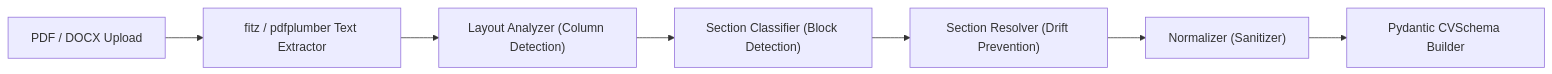
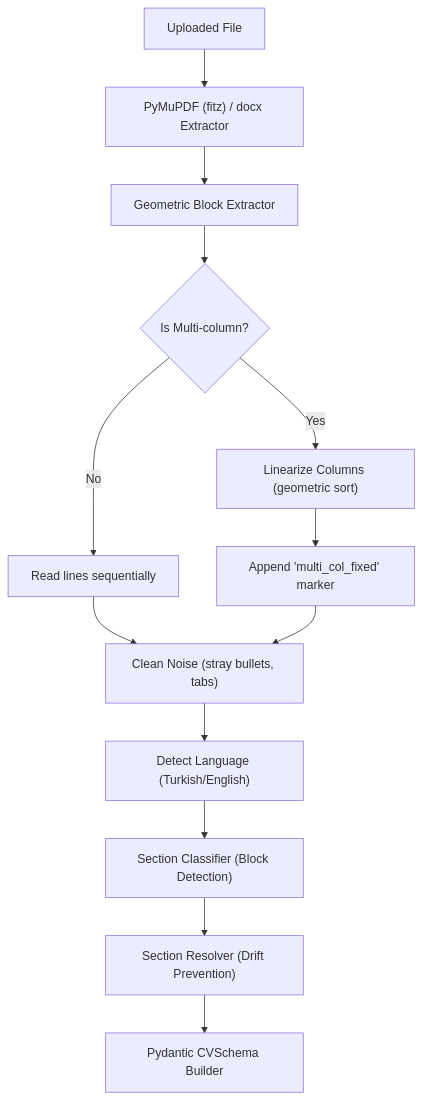
One commit to SercanOzkan55/CV-Analyzer changed the first of 3 diagrams in README.md. Above: the diagram before and after it, drawn with Mermaid. The commit also changed other lines of this file, not shown here.

````diff
--- a/README.md
+++ b/README.md
@@ -67,9 +86,18 @@
 ```mermaid
-flowchart LR
-  raw["PDF / DOCX Upload"] --> ext["fitz / pdfplumber Text Extractor"]
-  ext --> layout["Layout Analyzer (Column Detection)"]
-  layout --> classify["Section Classifier (Block Detection)"]
-  classify --> resolver["Section Resolver (Drift Prevention)"]
-  resolver --> normalize["Normalizer (Sanitizer)"]
-  normalize --> pydantic["Pydantic CVSchema Builder"]
+flowchart TD
+  file["Uploaded File"] --> extractor["PyMuPDF (fitz) / docx Extractor"]
+  extractor --> geo["Geometric Block Extractor"]
+  geo --> layout{"Is Multi-column?"}
+  
+  layout -- "Yes" --> lin["Linearize Columns (geometric sort)"]
+  layout -- "No" --> raw_text["Read lines sequentially"]
+  
+  lin --> marker["Append 'multi_col_fixed' marker"]
+  raw_text --> clean["Clean Noise (stray bullets, tabs)"]
+  marker --> clean
+  
+  clean --> detect_lang["Detect Language (Turkish/English)"]
+  detect_lang --> classifier["Section Classifier (Block Detection)"]
+  classifier --> resolver["Section Resolver (Drift Prevention)"]
+  resolver --> builder["Pydantic CVSchema Builder"]
 ```
````
